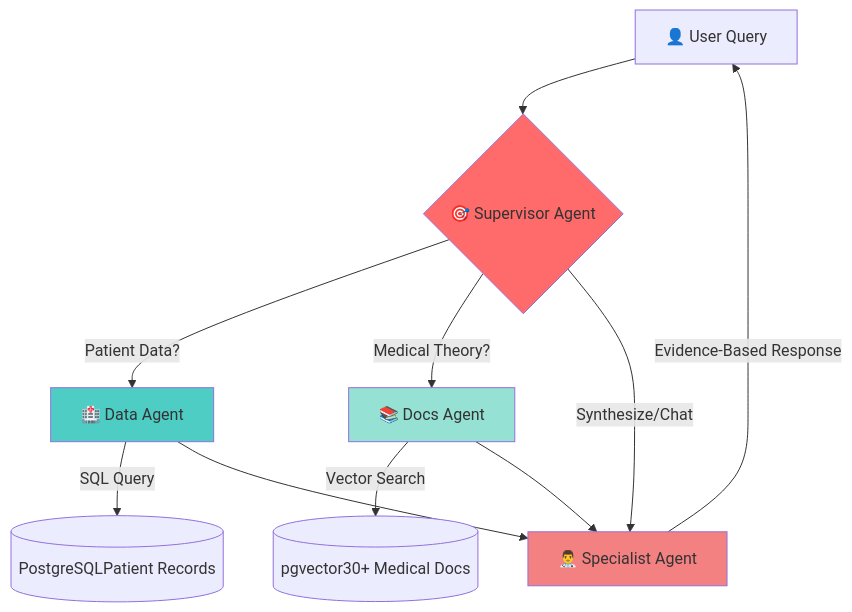
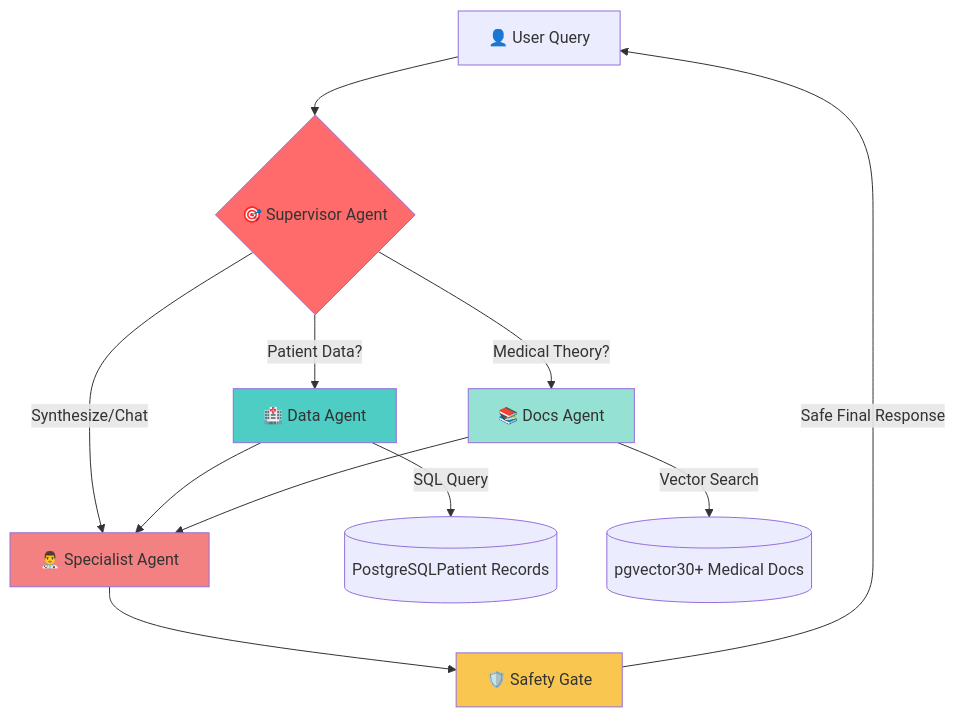
The diagram in README.md (JosuePerezValenzuela/Nexus), drawn with Mermaid before and after one commit. The commit also changed other lines of this file and 2 other files, not shown here.

Commit message:
docs: add safety gate operational guides and update architecture diagram

````diff
--- a/README.md
+++ b/README.md
@@ -77,21 +77,23 @@
 ```mermaid
 graph TD
     User[👤 User Query] --> Supervisor{🎯 Supervisor Agent}
     
     Supervisor -->|"Patient Data?"| DataAgent[🏥 Data Agent]
     Supervisor -->|"Medical Theory?"| DocsAgent[📚 Docs Agent]
     Supervisor -->|"Synthesize/Chat"| Specialist[👨‍⚕️ Specialist Agent]
     
     DataAgent -->|SQL Query| DB[(PostgreSQLPatient Records)]
     DocsAgent -->|Vector Search| VectorDB[(pgvector30+ Medical Docs)]
     
     DataAgent --> Specialist
     DocsAgent --> Specialist
     
-    Specialist -->|Evidence-Based Response| User
+    Specialist --> SafetyGate[🛡️ Safety Gate]
+    SafetyGate -->|Safe Final Response| User
     
     style Supervisor fill:#FF6B6B
     style DataAgent fill:#4ECDC4
     style DocsAgent fill:#95E1D3
     style Specialist fill:#F38181
+    style SafetyGate fill:#F9C74F
 ```
````
